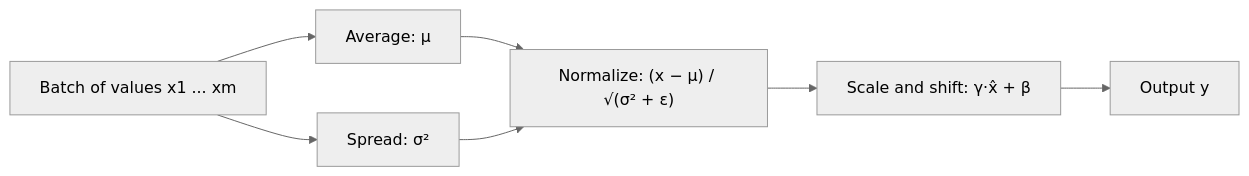
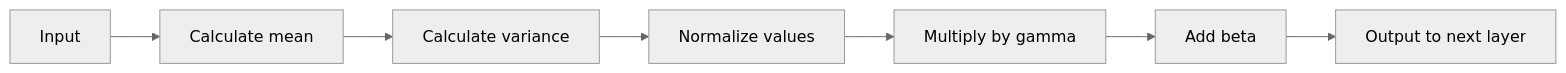
One commit to TrendySloth1001/sem-seven-notes changed the fifth of 7 diagrams in content/deep-learning/notes/regularization.mdx. Above: the diagram before and after it, drawn with Mermaid (neutral theme). The commit also changed other lines of this file and 254 other files, not shown here.

Commit message:
Rewrite the backpropagation, gradient descent, regularization and autoencoder notes and their 29 answers from the teachers' class files. They use 185 teacher figures with class-notes citations only, and correct the AdaGrad, RMSProp, Nesterov and batch-norm numbers on the slides.

````diff
--- a/content/deep-learning/notes/regularization.mdx
+++ b/content/deep-learning/notes/regularization.mdx
@@ -408,10 +681,10 @@
 ```mermaid
-%% caption: What batch normalization does to one unit's values for one mini-batch, step by step.
+%% caption: The complete batch normalization flow from the teacher's sheet. Gamma and beta are learned, so the layer can still choose the best scale and shift.
 flowchart LR
-  A["Batch of values x1 ... xm"] --> B["Average: μ"]
-  A --> C["Spread: σ²"]
-  B --> D["Normalize: (x − μ) / √(σ² + ε)"]
-  C --> D
-  D --> E["Scale and shift: γ·x̂ + β"]
-  E --> F["Output y"]
+  A["Input"] --> B["Calculate mean"]
+  B --> C["Calculate variance"]
+  C --> D["Normalize values"]
+  D --> E["Multiply by gamma"]
+  E --> F["Add beta"]
+  F --> G["Output to next layer"]
 ```
````
